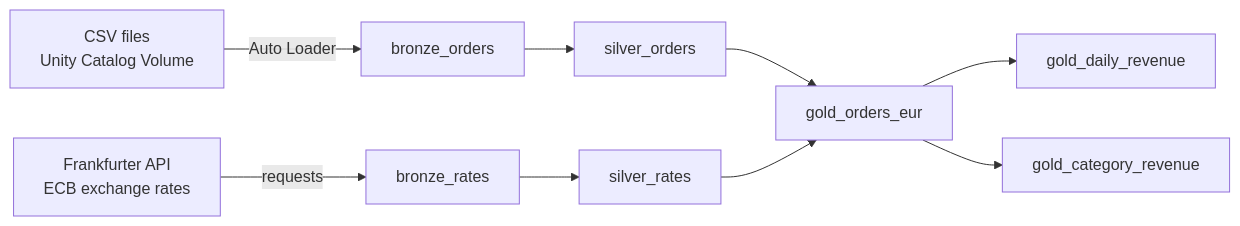
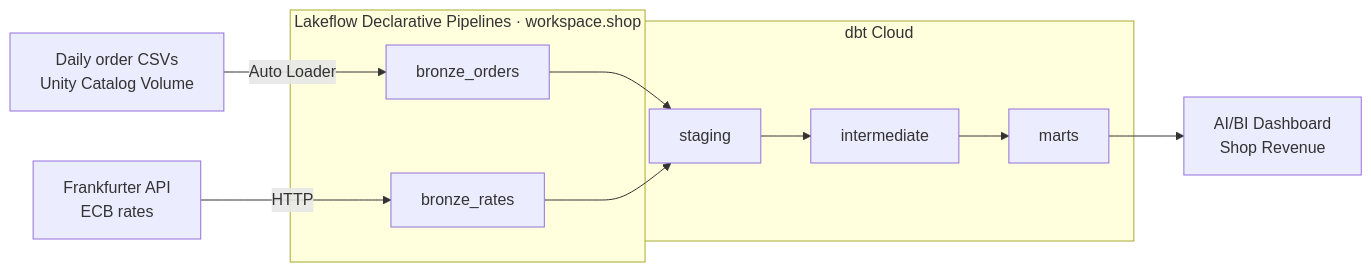
The first of 2 diagrams in README.md (grishina97/shop-pipeline), drawn with Mermaid before and after one commit. The commit also changed other lines of this file, not shown here.

First line of the commit message:
Rewrite README for the Lakeflow bronze + dbt architecture

````diff
--- a/README.md
+++ b/README.md
@@ -9,11 +18,18 @@
 ```mermaid
 flowchart LR
-    A[CSV files<br/>Unity Catalog Volume] -->|Auto Loader| B[bronze_orders]
-    C[Frankfurter API<br/>ECB exchange rates] -->|requests| D[bronze_rates]
-    B --> E[silver_orders]
-    D --> F[silver_rates]
-    E --> G[gold_orders_eur]
-    F --> G
-    G --> H[gold_daily_revenue]
-    G --> I[gold_category_revenue]
+    CSV["Daily order CSVs<br/>Unity Catalog Volume"] -->|Auto Loader| BO[bronze_orders]
+    API["Frankfurter API<br/>ECB rates"] -->|HTTP| BR[bronze_rates]
+
+    subgraph Lakeflow["Lakeflow Declarative Pipelines · workspace.shop"]
+        BO
+        BR
+    end
+
+    subgraph dbt["dbt Cloud"]
+        STG[staging] --> INT[intermediate] --> MARTS[marts]
+    end
+
+    BO --> STG
+    BR --> STG
+    MARTS --> DASH["AI/BI Dashboard<br/>Shop Revenue"]
 ```
````
